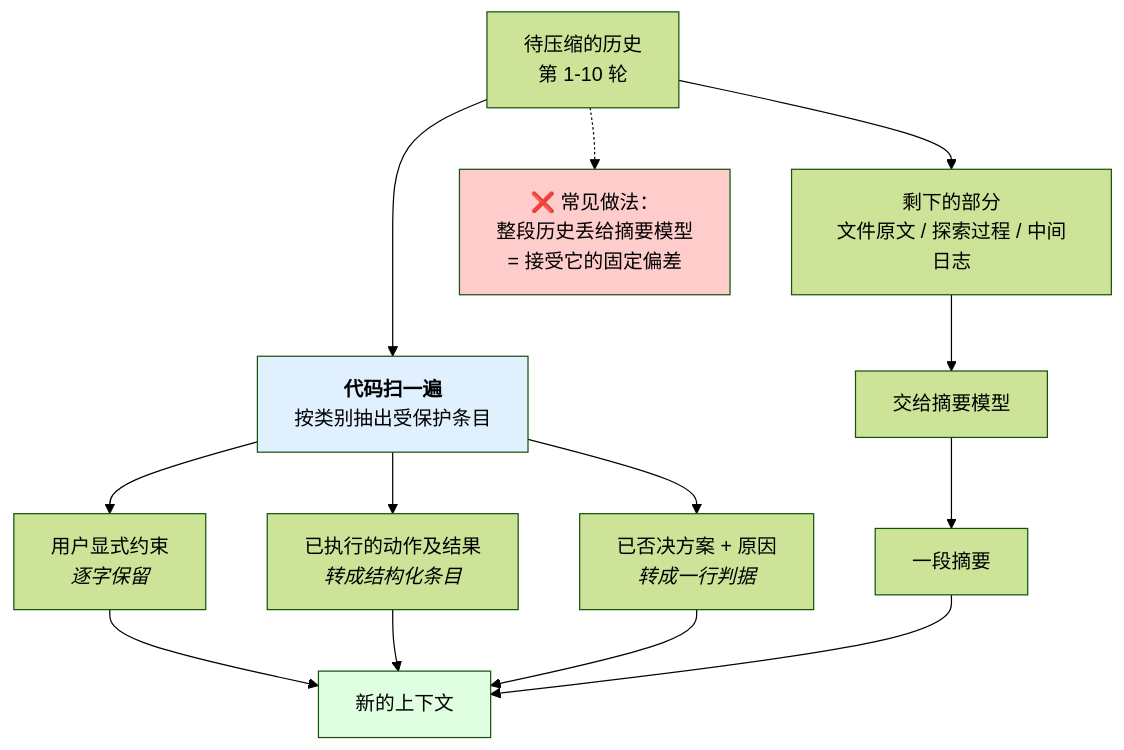
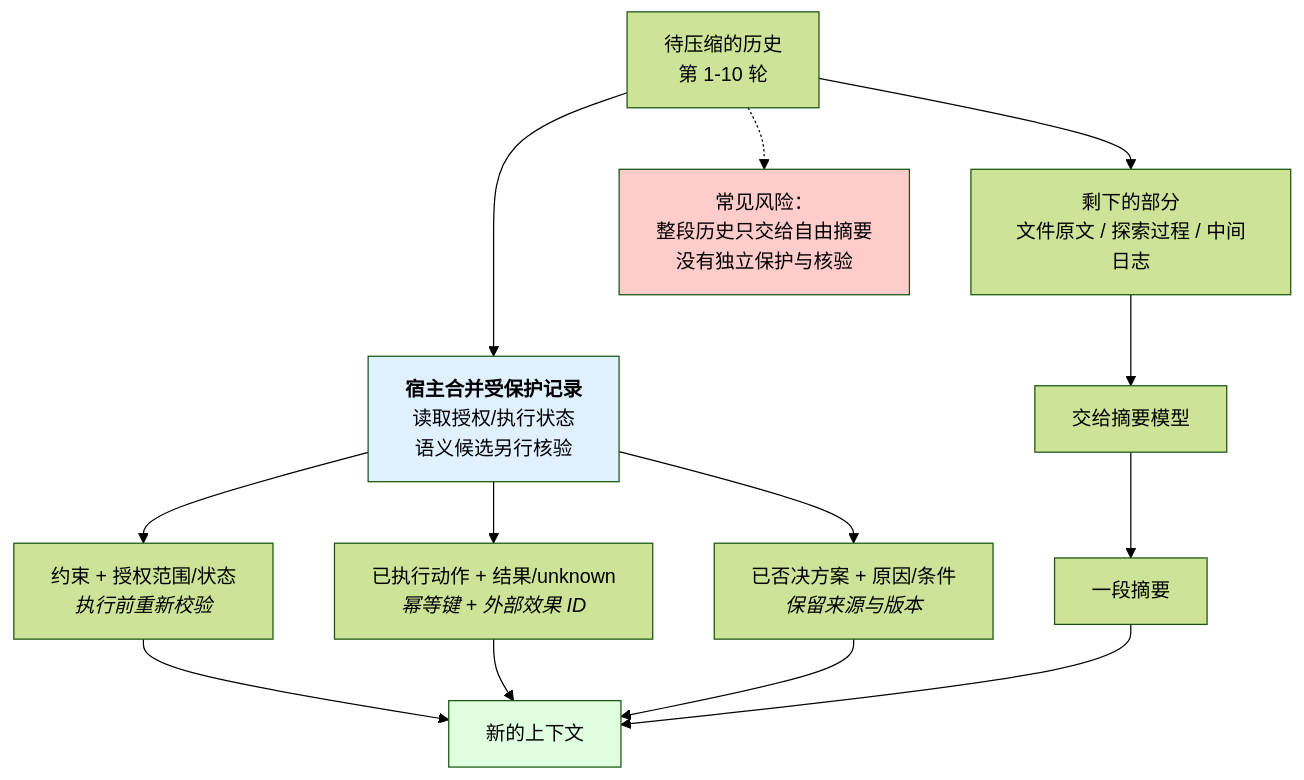
One commit to didadila/ai-agent-handbook changed the second of 9 diagrams in handbook/ai-agent/02-上下文工程.md. Above: the diagram before and after it, drawn with Mermaid (forest theme). The commit also changed other lines of this file and 211 other files, not shown here.

````diff
--- a/handbook/ai-agent/02-上下文工程.md
+++ b/handbook/ai-agent/02-上下文工程.md
@@ -201,25 +201,25 @@
 ```mermaid
 flowchart TB
     H["待压缩的历史<br/>第 1-10 轮"]
 
-    H --> CODE["<b>代码扫一遍</b><br/>按类别抽出受保护条目"]
-    CODE --> P1["用户显式约束<br/><i>逐字保留</i>"]
-    CODE --> P2["已执行的动作及结果<br/><i>转成结构化条目</i>"]
-    CODE --> P3["已否决方案 + 原因<br/><i>转成一行判据</i>"]
+    H --> CODE["<b>宿主合并受保护记录</b><br/>读取授权/执行状态<br/>语义候选另行核验"]
+    CODE --> P1["约束 + 授权范围/状态<br/><i>执行前重新校验</i>"]
+    CODE --> P2["已执行动作 + 结果/unknown<br/><i>幂等键 + 外部效果 ID</i>"]
+    CODE --> P3["已否决方案 + 原因/条件<br/><i>保留来源与版本</i>"]
 
     H --> REST["剩下的部分<br/>文件原文 / 探索过程 / 中间日志"]
     REST --> LLM["交给摘要模型"]
     LLM --> SUM["一段摘要"]
 
     P1 --> NEW["新的上下文"]
     P2 --> NEW
     P3 --> NEW
     SUM --> NEW
 
-    BAD["❌ 常见做法：<br/>整段历史丢给摘要模型<br/>= 接受它的固定偏差"]
+    BAD["常见风险：<br/>整段历史只交给自由摘要<br/>没有独立保护与核验"]
     H -.-> BAD
 
     style CODE fill:#e0f0ff
     style NEW fill:#e0ffe0
     style BAD fill:#ffcccc
 ```
````
